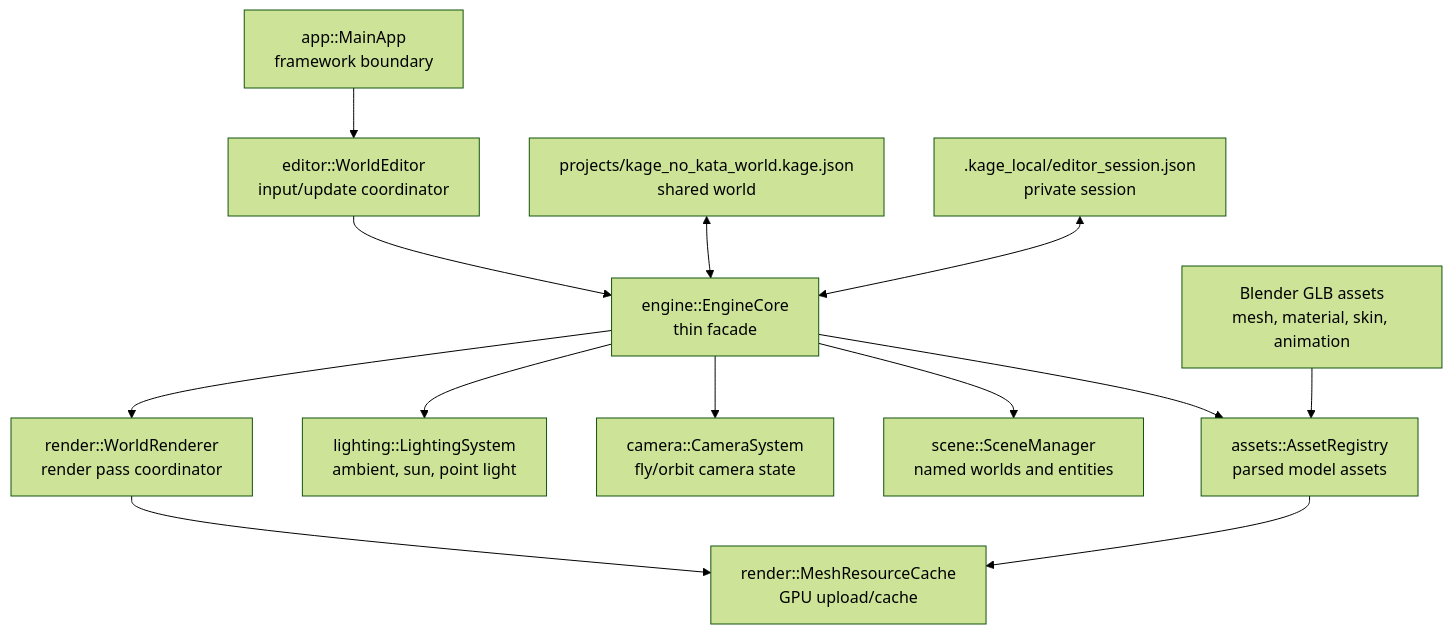
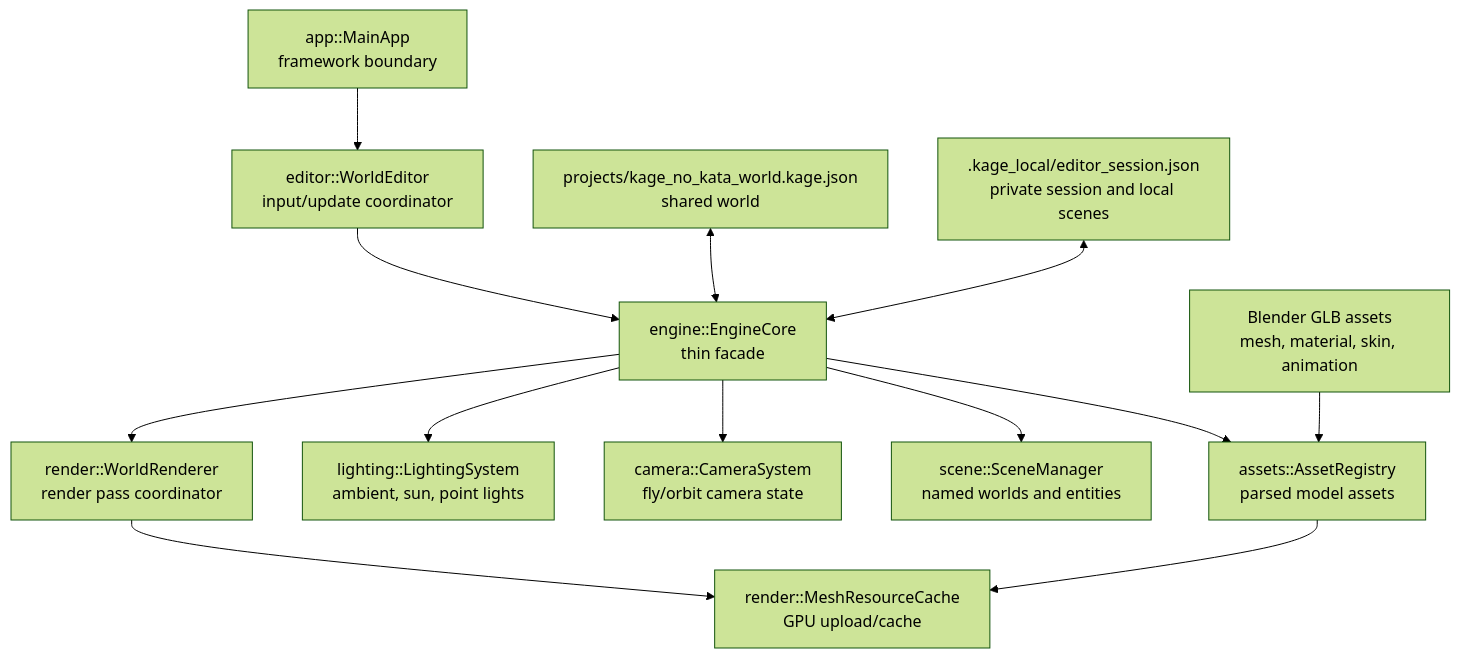
Before and after one commit to GitJestry/Kage-no-Kata-Shortanimation: the diagram in docs/ARCHITECTURE.md, drawn with Mermaid (forest theme). The commit also changed other lines of this file and 36 other files, not shown here.

Commit message:
Advance KageEngine rigging and editor foundation

````diff
--- a/docs/ARCHITECTURE.md
+++ b/docs/ARCHITECTURE.md
@@ -8,30 +8,30 @@
 ```mermaid
 flowchart TD
     MainApp["app::MainApp\nframework boundary"]
     Editor["editor::WorldEditor\ninput/update coordinator"]
     Engine["engine::EngineCore\nthin facade"]
 
     Assets["assets::AssetRegistry\nparsed model assets"]
     MeshCache["render::MeshResourceCache\nGPU upload/cache"]
     Scenes["scene::SceneManager\nnamed worlds and entities"]
     Camera["camera::CameraSystem\nfly/orbit camera state"]
-    Lighting["lighting::LightingSystem\nambient, sun, point light"]
+    Lighting["lighting::LightingSystem\nambient, sun, point lights"]
     Renderer["render::WorldRenderer\nrender pass coordinator"]
 
     Project["projects/kage_no_kata_world.kage.json\nshared world"]
-    Session[".kage_local/editor_session.json\nprivate session"]
+    Session[".kage_local/editor_session.json\nprivate session and local scenes"]
     GLB["Blender GLB assets\nmesh, material, skin, animation"]
 
     MainApp --> Editor
     Editor --> Engine
     Engine --> Assets
     Engine --> Scenes
     Engine --> Camera
     Engine --> Lighting
     Engine --> Renderer
     Assets --> MeshCache
     GLB --> Assets
     Renderer --> MeshCache
     Project <--> Engine
     Session <--> Engine
 ```
````
